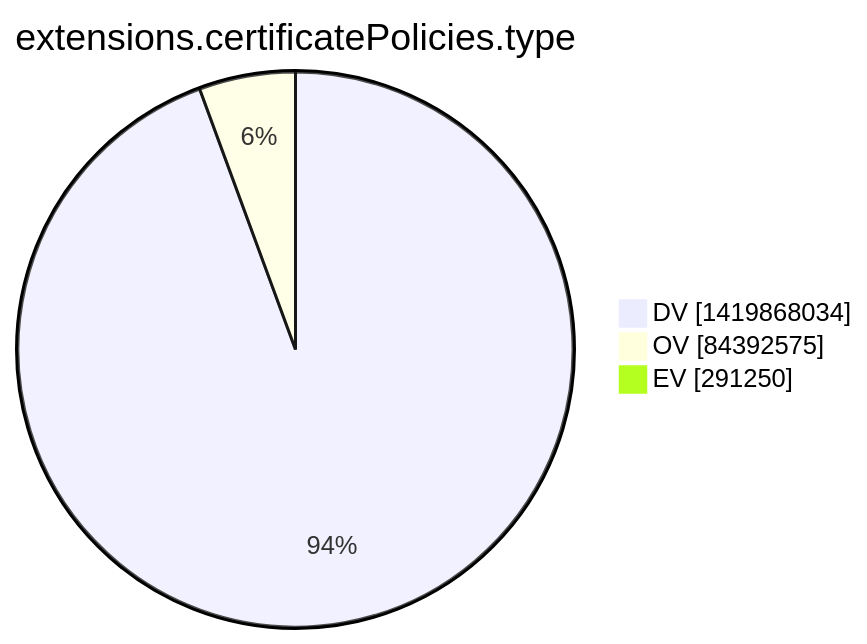
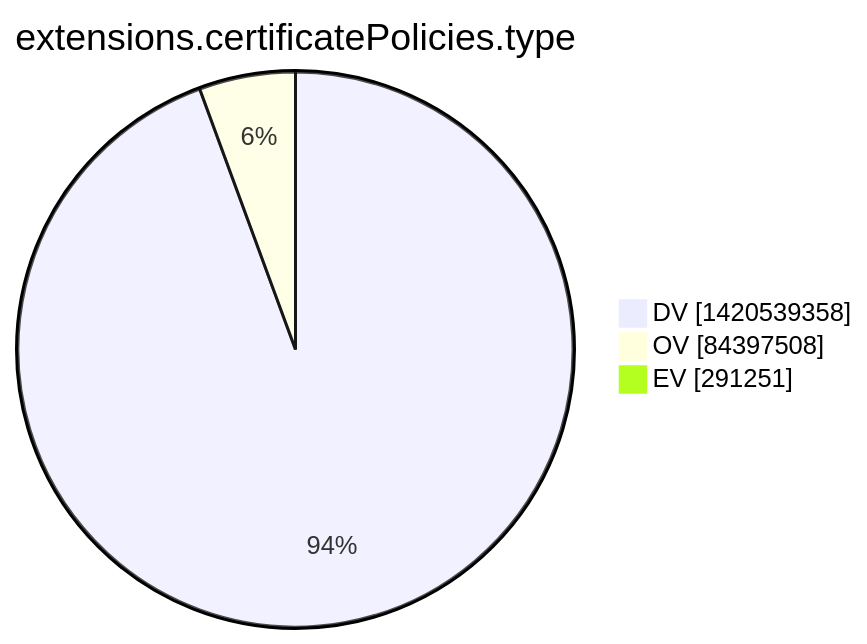
The tenth of 15 diagrams in argon2022/README.md (christiankrug/ctmonitor_visualization), drawn with Mermaid before and after one commit. The commit also changed other lines of this file, not shown here.

````diff
--- a/argon2022/README.md
+++ b/argon2022/README.md
@@ -2773,7 +2773,7 @@
 ```mermaid
 pie showData
 title extensions.certificatePolicies.type
-"DV" :1419868034
-"OV" :84392575
-"EV" :291250
+"DV" :1420539358
+"OV" :84397508
+"EV" :291251
 ```
````
